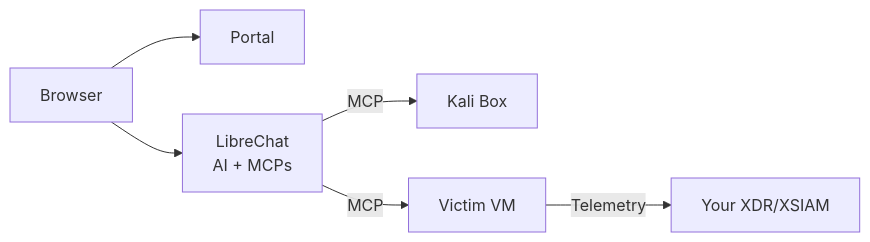
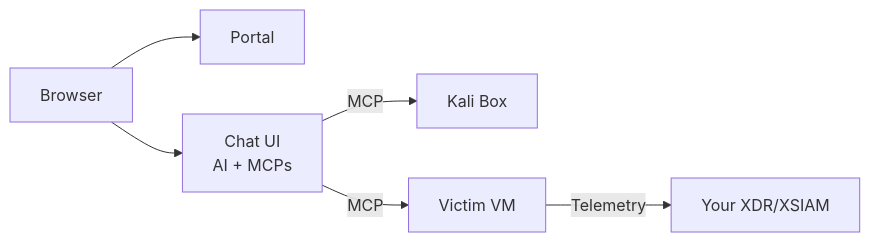
Before and after one commit to PaloAltoNetworks/shifter: the diagram in README.md, drawn with Mermaid. The commit also changed other lines of this file and 47 other files, not shown here.

Commit message:
Remove LibreChat and LiteLLM due to LC instability

````diff
--- a/README.md
+++ b/README.md
@@ -56,8 +56,8 @@
 ```mermaid
 flowchart LR
     Browser --> Portal[Portal]
-    Browser --> Chat[LibreChat<br/>AI + MCPs]
+    Browser --> Chat[Chat UI<br/>AI + MCPs]
     Chat -->|MCP| Kali[Kali Box]
     Chat -->|MCP| Victim[Victim VM]
     Victim -->|Telemetry| XDR[Your XDR/XSIAM]
 ```
````
